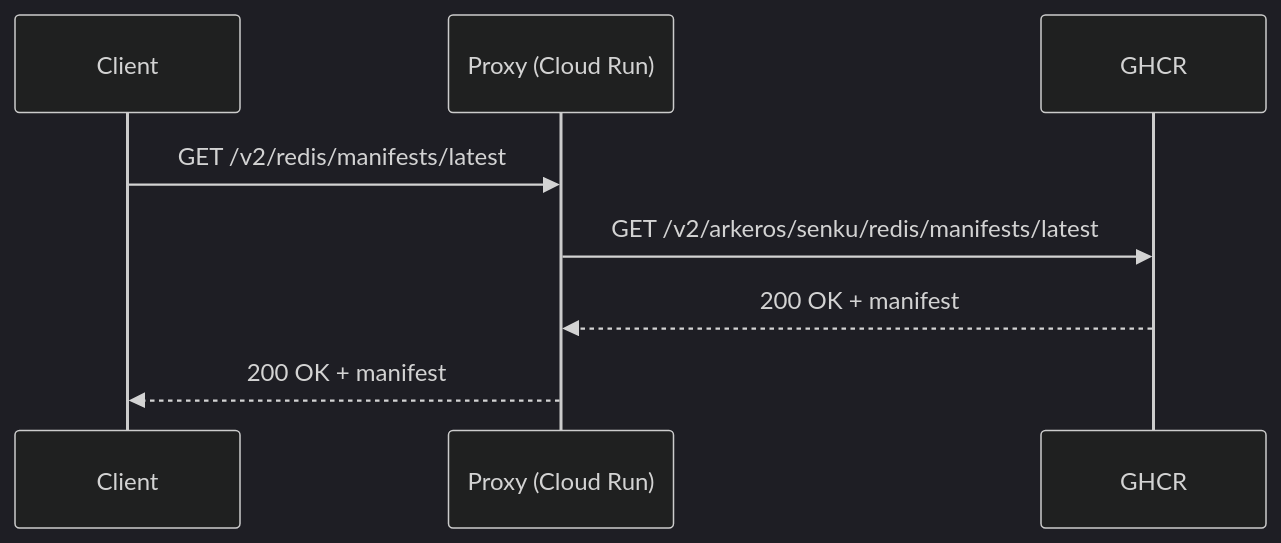
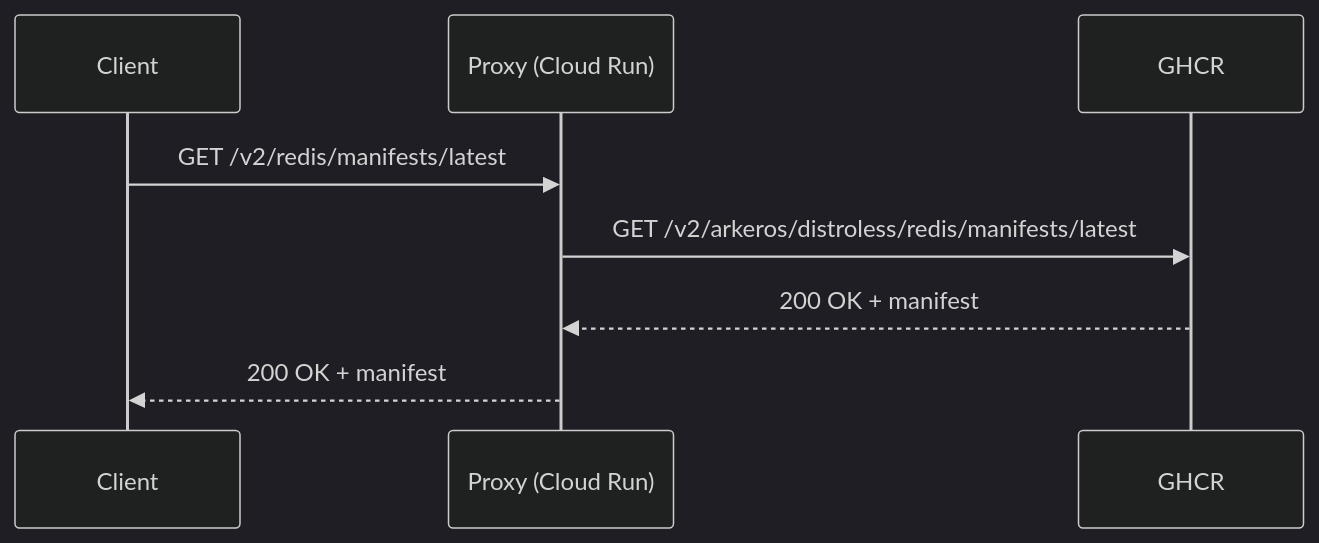
Before and after one commit to arkeros/distroless: the first of 2 diagrams in oci/cmd/registry/README.md, drawn with Mermaid (dark theme). The commit also changed other lines of this file and 129 other files, not shown here.

First line of the commit message:
refactor: rename senku to distroless

````diff
--- a/oci/cmd/registry/README.md
+++ b/oci/cmd/registry/README.md
@@ -24,11 +24,11 @@
 ```mermaid
 sequenceDiagram
     participant Client
     participant Proxy as Proxy (Cloud Run)
     participant GHCR
 
     Client->>Proxy: GET /v2/redis/manifests/latest
-    Proxy->>GHCR: GET /v2/arkeros/senku/redis/manifests/latest
+    Proxy->>GHCR: GET /v2/arkeros/distroless/redis/manifests/latest
     GHCR-->>Proxy: 200 OK + manifest
     Proxy-->>Client: 200 OK + manifest
 ```
````
